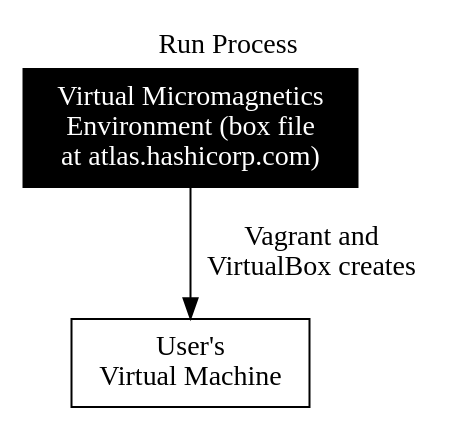
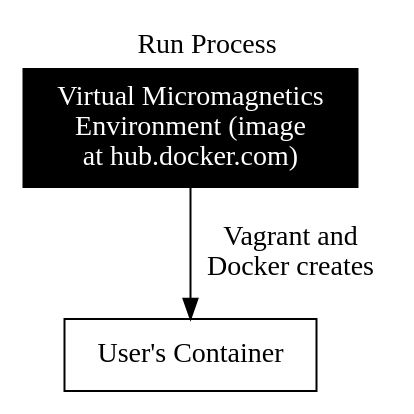
One commit to computationalmodelling/virtualmicromagnetics changed the diagram in docs/images/graphs/container_run.dot. Above: the diagram before and after it, drawn with Graphviz. The commit also changed 3 other files, not shown here.

Commit message:
DOC-047: Update graph files.

```diff
--- a/docs/images/graphs/container_run.dot
+++ b/docs/images/graphs/container_run.dot
@@ -1,18 +1,18 @@
 digraph "run-process" {
     margin=0
 
     // Add title
     fontname="verdana bold"
     labelloc = "t"
     label = "Run Process"
 
     // Define nodes and style
     node [fillcolor=black, fontcolor=white, fontname="verdana",
           margin="0.1, 0.1", rankdir="UD", shape=rect, style=filled]
-    d [label="Virtual Micromagnetics\nEnvironment (box file\nat atlas.hashicorp.com)"]
-    e [label="User's\nVirtual Machine", fillcolor=white fontcolor=black]
+    d [label="Virtual Micromagnetics\nEnvironment (image\nat hub.docker.com)"]
+    e [label="User's Container", fillcolor=white fontcolor=black]
 
     // Define edges and style
     edge [fontname="verdana"]
-    d -> e [label="Vagrant and\nVirtualBox creates"]
+    d -> e [label="Vagrant and\nDocker creates"]
 }
```
